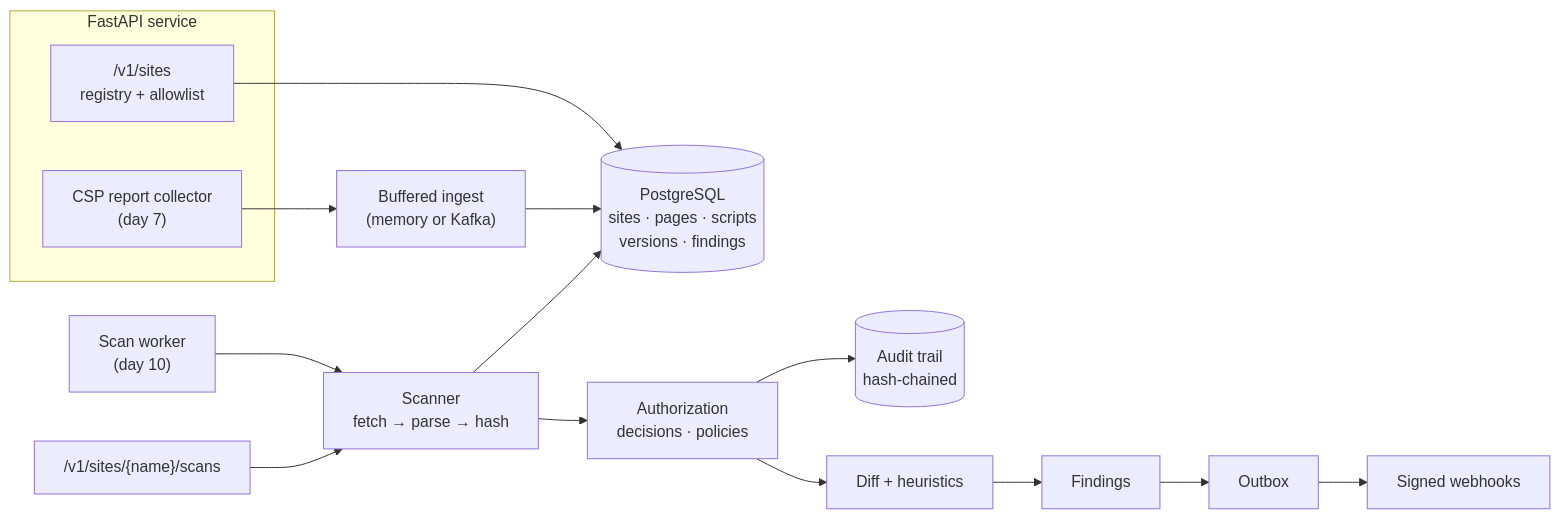
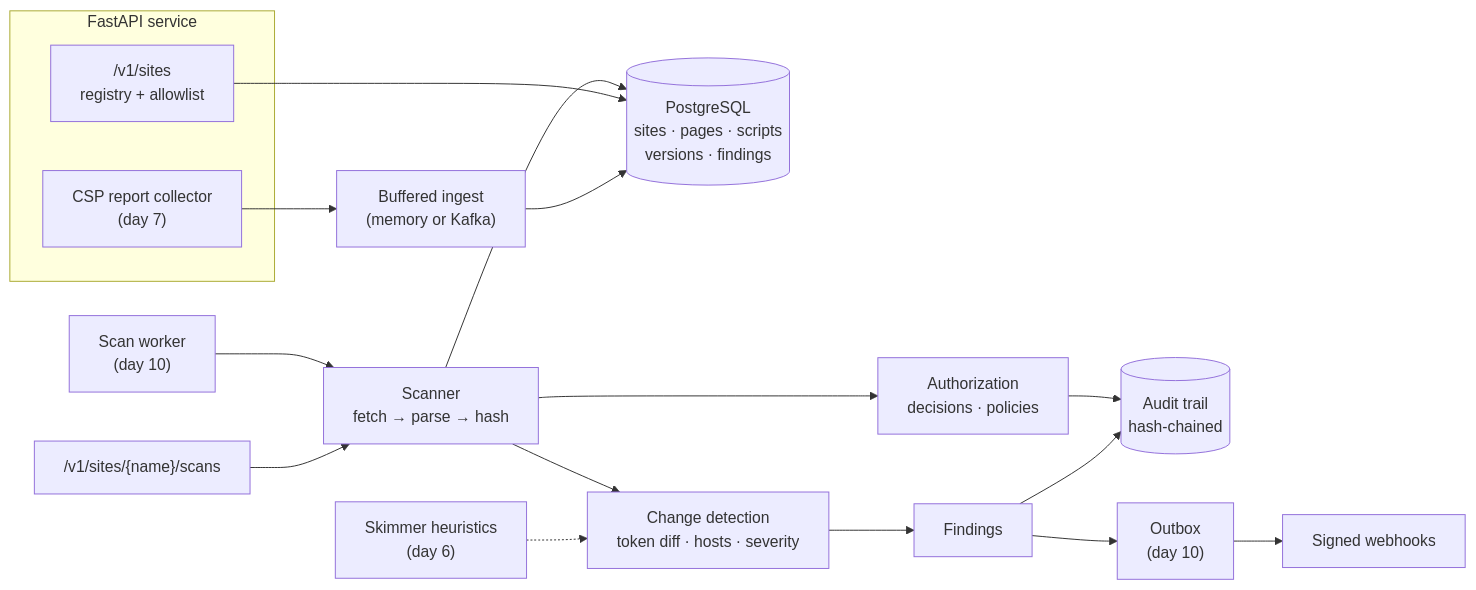
One commit to xeeshan16/script-sentinel changed the first of 2 diagrams in README.md. Above: the diagram before and after it, drawn with Mermaid. The commit also changed other lines of this file and 3 other files, not shown here.

First line of the commit message:
Check findings and a planted skimmer in CI; day 5 docs

````diff
--- a/README.md
+++ b/README.md
@@ -59,16 +62,18 @@
 ```mermaid
 flowchart LR
     subgraph API["FastAPI service"]
         sites["/v1/sites<br/>registry + allowlist"]
         csp["CSP report collector<br/>(day 7)"]
     end
     worker["Scan worker<br/>(day 10)"] --> scanner["Scanner<br/>fetch → parse → hash"]
     scans["/v1/sites/{name}/scans"] --> scanner
     scanner --> store[("PostgreSQL<br/>sites · pages · scripts<br/>versions · findings")]
     scanner --> policy["Authorization<br/>decisions · policies"]
     policy --> trail[("Audit trail<br/>hash-chained")]
-    policy --> diff["Diff + heuristics"]
-    diff --> findings["Findings"] --> outbox["Outbox"] --> hooks["Signed webhooks"]
+    scanner --> diff["Change detection<br/>token diff · hosts · severity"]
+    diff --> findings["Findings"] --> outbox["Outbox<br/>(day 10)"] --> hooks["Signed webhooks"]
+    findings --> trail
+    heur["Skimmer heuristics<br/>(day 6)"] -.-> diff
     sites --> store
     csp --> ingest["Buffered ingest<br/>(memory or Kafka)"] --> store
 ```
````
